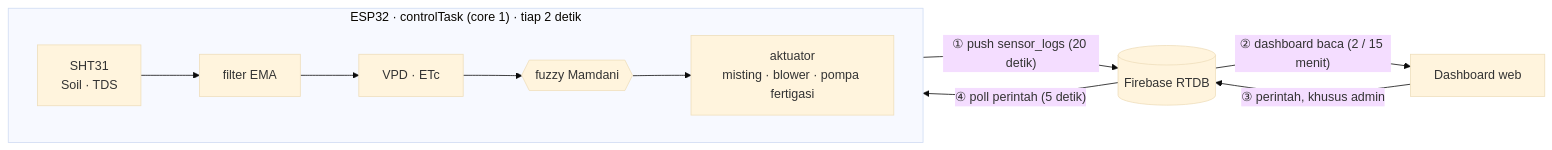
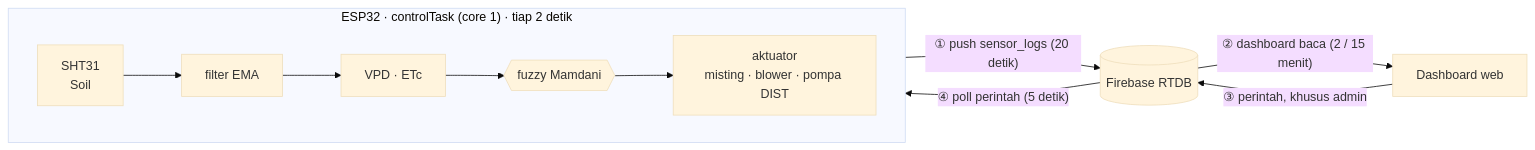
The diagram in README.md (will-zx/smartgh-firmware), drawn with Mermaid (base theme) before and after one commit. The commit also changed other lines of this file and 11 other files, not shown here.

First line of the commit message:
Firmware: hapus TDS dan fertigasi, DIST jadi satu-satunya pompa irigasi

````diff
--- a/README.md
+++ b/README.md
@@ -189,13 +184,13 @@
 ```mermaid
 flowchart LR
   subgraph ESP ["ESP32 · controlTask (core 1) · tiap 2 detik"]
     direction LR
-    S["SHT31<br/>Soil · TDS"] --> F["filter EMA"] --> V["VPD · ETc"] --> Z{{"fuzzy Mamdani"}} --> A["aktuator<br/>misting · blower · pompa fertigasi"]
+    S["SHT31<br/>Soil"] --> F["filter EMA"] --> V["VPD · ETc"] --> Z{{"fuzzy Mamdani"}} --> A["aktuator<br/>misting · blower · pompa DIST"]
   end
   R[("Firebase RTDB")]
   D["Dashboard web"]
   A -- "① push sensor_logs (20 detik)" --> R
   R -- "② dashboard baca (2 / 15 menit)" --> D
   D -- "③ perintah, khusus admin" --> R
   R -- "④ poll perintah (5 detik)" --> A
 ```
````
